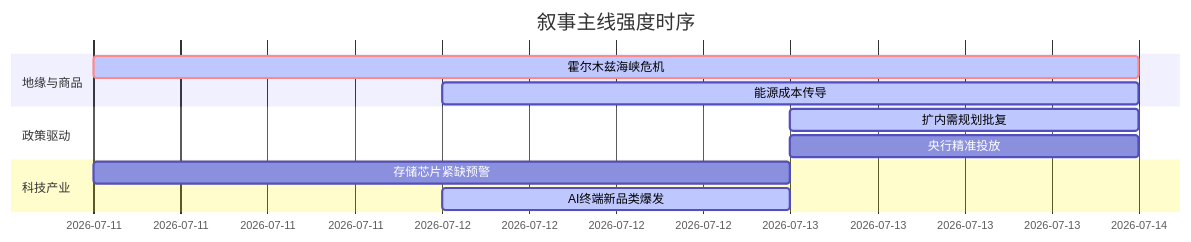
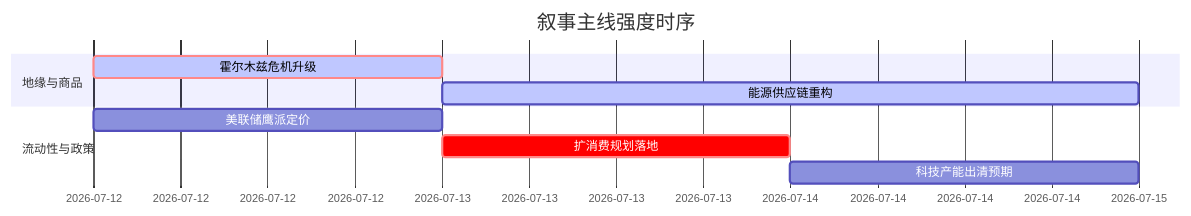
One commit to uu5zn/uu5zn.github.io changed the diagram in 5day_report.md. Above: the diagram before and after it, drawn with Mermaid. The commit also changed other lines of this file and 24 other files, not shown here.

````diff
--- a/5day_report.md
+++ b/5day_report.md
@@ -55,16 +55,13 @@
 ```mermaid
 gantt
     title 叙事主线强度时序
     dateFormat  YYYY-MM-DD
     section 地缘与商品
-    霍尔木兹海峡危机   :crit, active, 2026-07-11, 3d
-    能源成本传导       :active, 2026-07-12, 2d
+    霍尔木兹危机升级   :crit, active, 2026-07-12, 1d
+    能源供应链重构     :active, 2026-07-13, 2d
     
-    section 政策驱动
-    扩内需规划批复     :active, 2026-07-13, 1d
-    央行精准投放       :2026-07-13, 1d
-    
-    section 科技产业
-    存储芯片紧缺预警   :2026-07-11, 2d
-    AI终端新品类爆发   :active, 2026-07-12, 1d
+    section 流动性与政策
+    美联储鹰派定价     :2026-07-12, 1d
+    扩消费规划落地     :crit, 2026-07-13, 1d
+    科技产能出清预期   :2026-07-14, 1d
 ```
````
